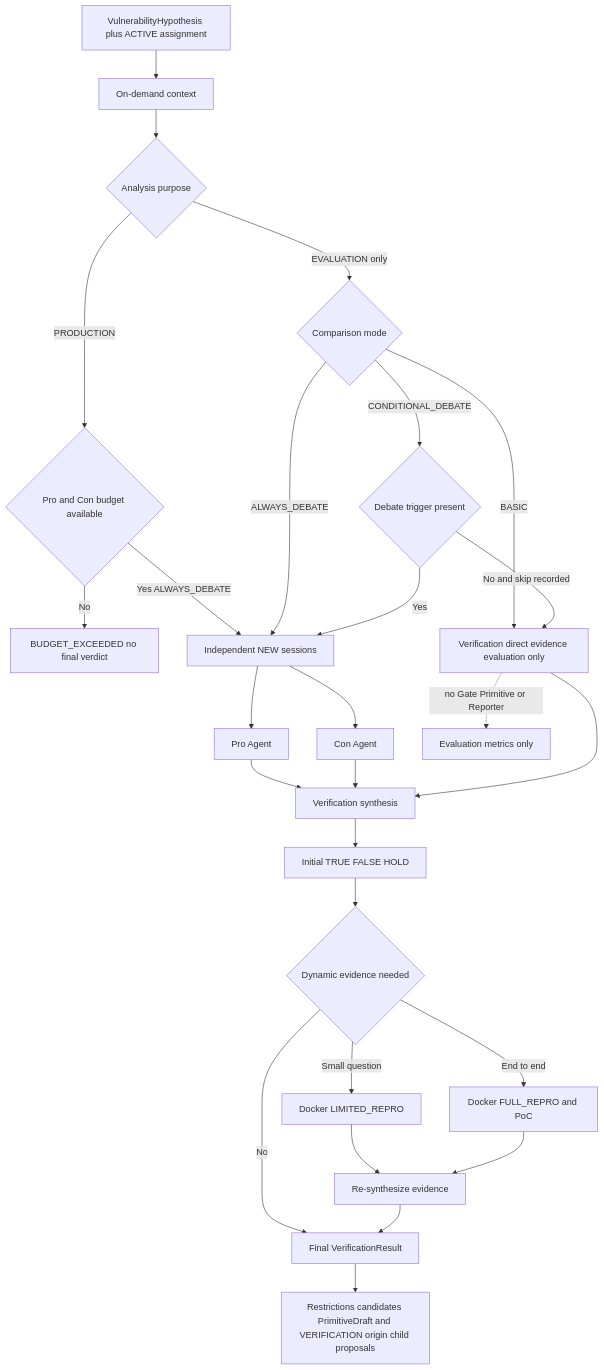
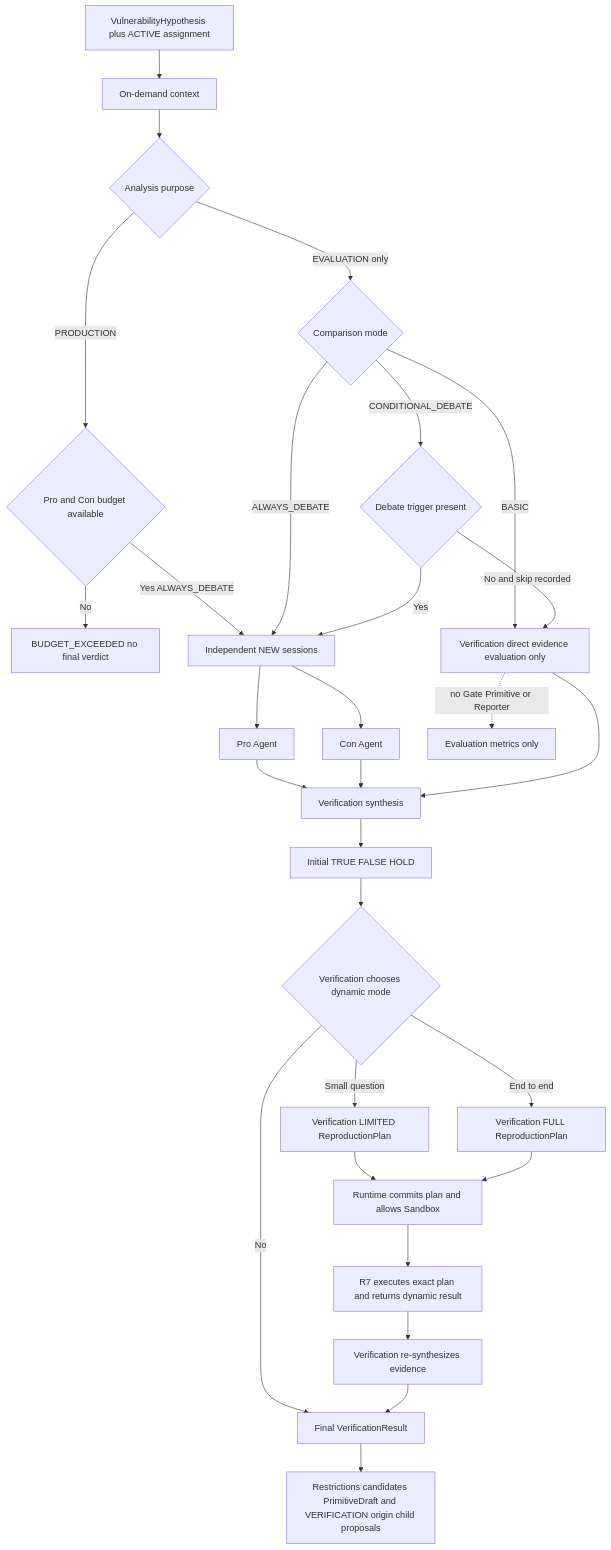
Before and after one commit to SASTsimi/sastsimi: the fourth of 13 diagrams in docs/architecture-v5/13-architecture-diagrams.md, drawn with Mermaid. The commit also changed other lines of this file and 14 other files, not shown here.

````diff
--- a/docs/architecture-v5/13-architecture-diagrams.md
+++ b/docs/architecture-v5/13-architecture-diagrams.md
@@ -119,29 +121,31 @@
 ```mermaid
 flowchart TB
     HYP[VulnerabilityHypothesis plus ACTIVE assignment] --> CTX[On-demand context]
     CTX --> PURPOSE{Analysis purpose}
     PURPOSE -->|PRODUCTION| BUDGET{Pro and Con budget available}
     BUDGET -->|No| STOP[BUDGET_EXCEEDED no final verdict]
     BUDGET -->|Yes ALWAYS_DEBATE| FORK[Independent NEW sessions]
     PURPOSE -->|EVALUATION only| MODE{Comparison mode}
     MODE -->|BASIC| BASIC[Verification direct evidence evaluation only]
     MODE -->|CONDITIONAL_DEBATE| TRIGGER{Debate trigger present}
     MODE -->|ALWAYS_DEBATE| FORK
     TRIGGER -->|No and skip recorded| BASIC
     TRIGGER -->|Yes| FORK
     FORK --> PRO[Pro Agent]
     FORK --> CON[Con Agent]
     PRO --> SYN[Verification synthesis]
     CON --> SYN
     BASIC --> SYN
     BASIC -. no Gate Primitive or Reporter .-> METRICS[Evaluation metrics only]
     SYN --> INITIAL[Initial TRUE FALSE HOLD]
-    INITIAL --> DYN{Dynamic evidence needed}
+    INITIAL --> DYN{Verification chooses dynamic mode}
     DYN -->|No| FINAL[Final VerificationResult]
-    DYN -->|Small question| LIMITED[Docker LIMITED_REPRO]
-    DYN -->|End to end| FULL[Docker FULL_REPRO and PoC]
-    LIMITED --> SYN2[Re-synthesize evidence]
-    FULL --> SYN2
+    DYN -->|Small question| LIMITED[Verification LIMITED ReproductionPlan]
+    DYN -->|End to end| FULL[Verification FULL ReproductionPlan]
+    LIMITED --> AUTH[Runtime commits plan and allows Sandbox]
+    FULL --> AUTH
+    AUTH --> EXEC[R7 executes exact plan and returns dynamic result]
+    EXEC --> SYN2[Verification re-synthesizes evidence]
     SYN2 --> FINAL
     FINAL --> OUT[Restrictions candidates PrimitiveDraft and VERIFICATION origin child proposals]
 ```
````
